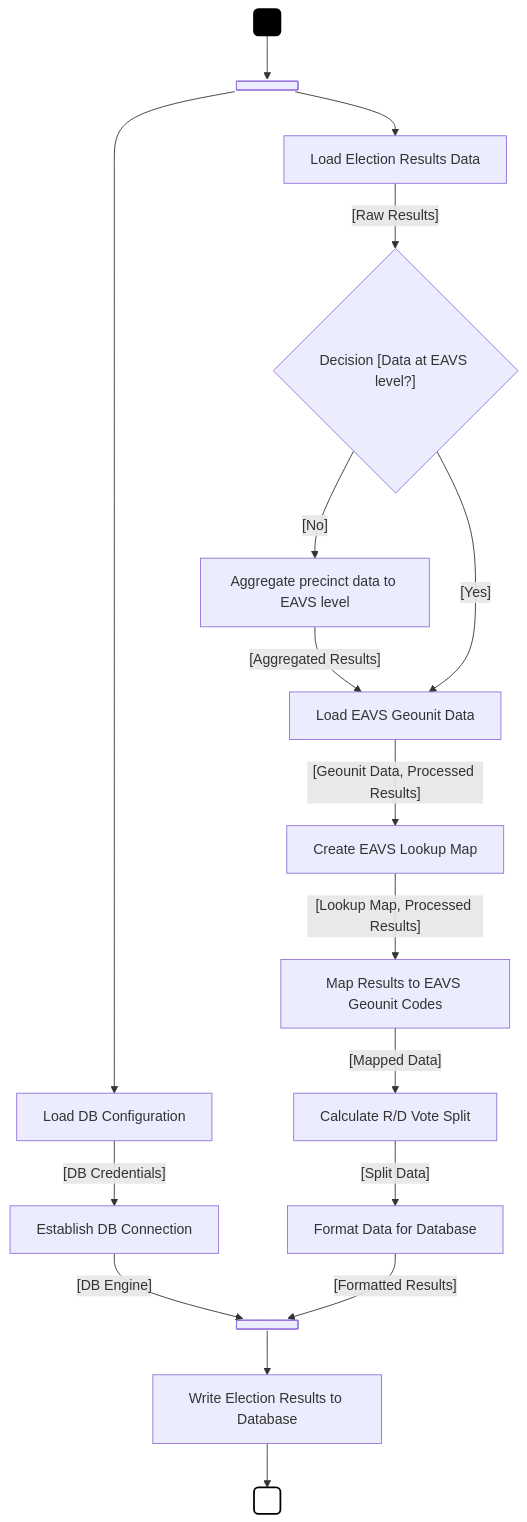
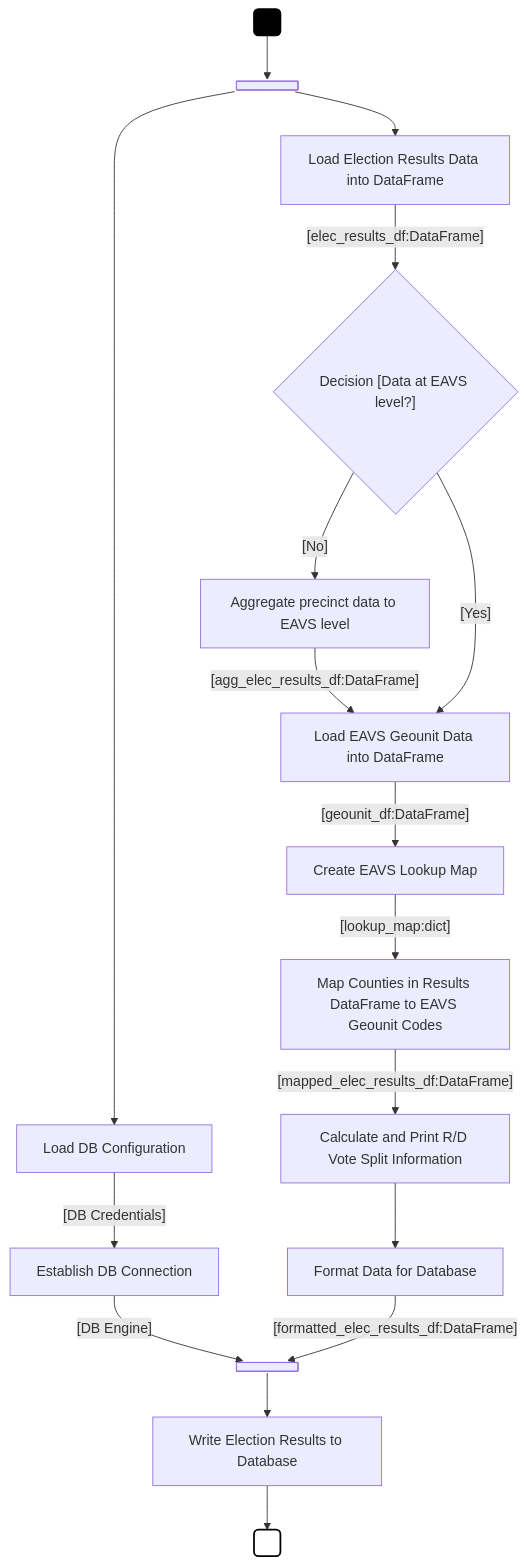
Before and after one commit to cse416-the-knicks/voter-analysis-viewer: the diagram in data_common/scripts/docs/activity-diagrams/prepro11.mermaid, drawn with Mermaid. The commit also changed 1 other file, not shown here.

Commit message:
Update diagram to use Java object notation

```diff
--- a/data_common/scripts/docs/activity-diagrams/prepro11.mermaid
+++ b/data_common/scripts/docs/activity-diagrams/prepro11.mermaid
@@ -1,37 +1,37 @@
 graph TD
     Start( )
     style Start stroke:#000,stroke-width:2px,fill:#000,color:#fff;
     End( )
     style End fill:#fff,stroke:#000,stroke-width:2px;
     fork1@{shape: fork}
     join1@{shape: join}
 
     %% Flow
     Start --> fork1
 
     %% Branch 1: Database Preparation
     fork1 --> A[Load DB Configuration]
     A -- "[DB Credentials]" --> B[Establish DB Connection]
     
     %% Branch 2: Data Processing
-    fork1 --> C[Load Election Results Data]
+    fork1 --> C[Load Election Results Data into DataFrame]
     
     %% Aggregation check
-    C -- "[Raw Results]" --> D{"Decision [Data at EAVS level?]"}
+    C -- "[elec_results_df:DataFrame]" --> D{"Decision [Data at EAVS level?]"}
     D -- "[No]" --> E[Aggregate precinct data to EAVS level]
-    E -- "[Aggregated Results]" --> F[Load EAVS Geounit Data]
+    E -- "[agg_elec_results_df:DataFrame]" --> F[Load EAVS Geounit Data into DataFrame]
     D -- "[Yes]" --> F
     
     %% Main processing steps
-    F -- "[Geounit Data, Processed Results]" --> G[Create EAVS Lookup Map]
-    G -- "[Lookup Map, Processed Results]" --> H[Map Results to EAVS Geounit Codes]
-    H -- "[Mapped Data]" --> I[Calculate R/D Vote Split]
-    I -- "[Split Data]" --> J[Format Data for Database]
+    F -- "[geounit_df:DataFrame]" --> G[Create EAVS Lookup Map]
+    G -- "[lookup_map:dict]" --> H[Map Counties in Results DataFrame to EAVS Geounit Codes]
+    H -- "[mapped_elec_results_df:DataFrame]" --> I[Calculate and Print R/D Vote Split Information]
+    I --> J[Format Data for Database]
     
     %% Join branches
     B -- "[DB Engine]" --> join1
-    J -- "[Formatted Results]" --> join1
+    J -- "[formatted_elec_results_df:DataFrame]" --> join1
 
     %% Final Step
     join1 --> K[Write Election Results to Database]
     K --> End
```
